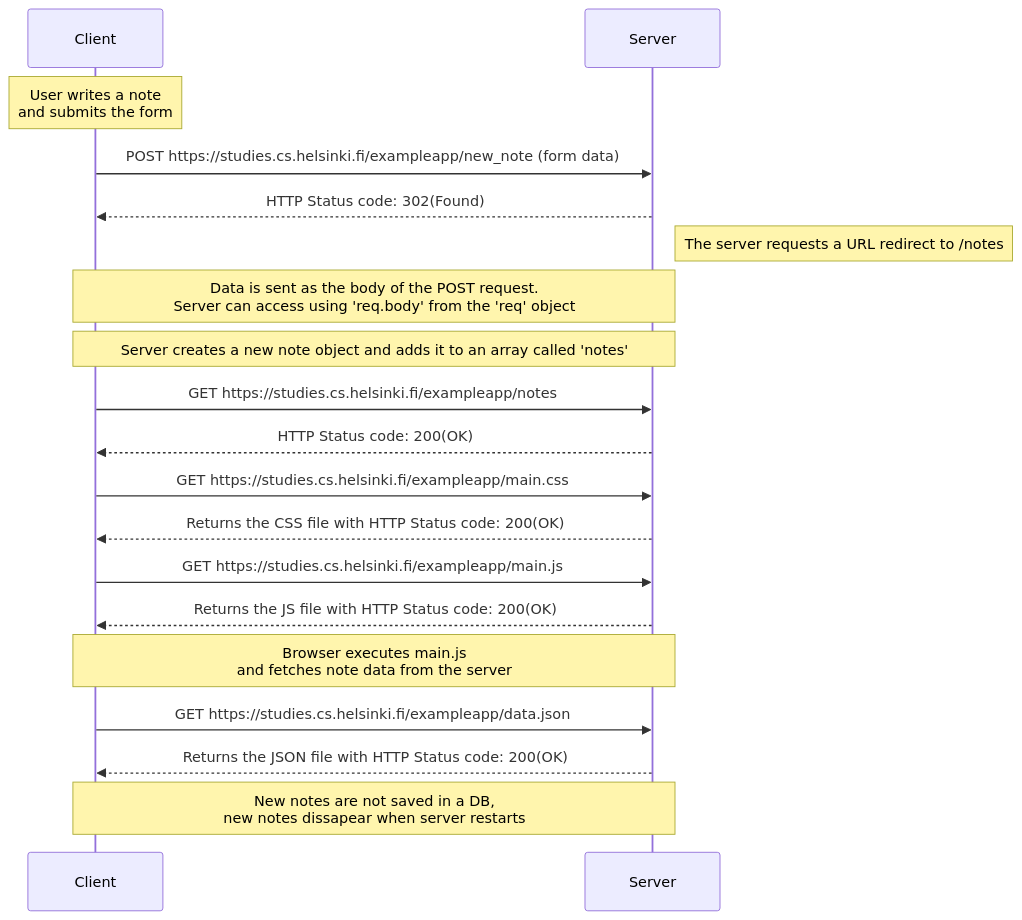
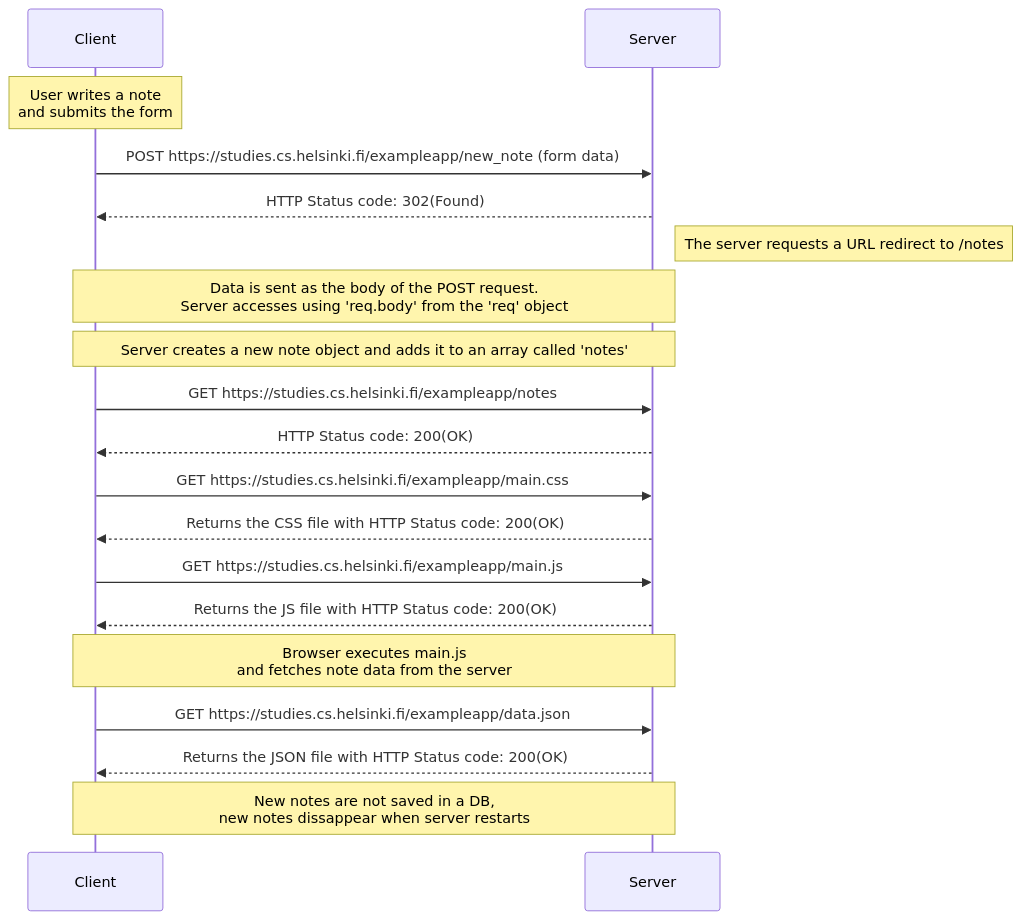
Before and after one commit to alejandro26gonzalez/part0: the diagram in traditionalNewNote.md, drawn with Mermaid.

Commit message:
Fix typos in traditionalNewNote.md

````diff
--- a/traditionalNewNote.md
+++ b/traditionalNewNote.md
@@ -7,30 +7,30 @@
 ```mermaid
 sequenceDiagram
     participant Client
     participant Server
     Note over Client: User writes a note<br/> and submits the form
 
     Client->>Server: POST https://studies.cs.helsinki.fi/exampleapp/new_note (form data)
     Server-->>Client: HTTP Status code: 302(Found)
 
     Note right of Server: The server requests a URL redirect to /notes
-    Note over Client,Server: Data is sent as the body of the POST request. <br/>Server can access using 'req.body' from the 'req' object
+    Note over Client,Server: Data is sent as the body of the POST request. <br/>Server accesses using 'req.body' from the 'req' object
     Note over Client,Server: Server creates a new note object and adds it to an array called 'notes'
 
     Client->>Server: GET https://studies.cs.helsinki.fi/exampleapp/notes
     Server-->>Client: HTTP Status code: 200(OK)
 
     Client->>Server: GET https://studies.cs.helsinki.fi/exampleapp/main.css
     Server-->>Client: Returns the CSS file with HTTP Status code: 200(OK)
 
     Client->>Server: GET https://studies.cs.helsinki.fi/exampleapp/main.js
     Server-->>Client: Returns the JS file with HTTP Status code: 200(OK)
 
     Note over Client,Server: Browser executes main.js<br/>and fetches note data from the server
 
     Client->>Server: GET https://studies.cs.helsinki.fi/exampleapp/data.json
     Server-->>Client: Returns the JSON file with HTTP Status code: 200(OK)
 
-    Note over Client,Server: New notes are not saved in a DB, <br/>new notes dissapear when server restarts
+    Note over Client,Server: New notes are not saved in a DB, <br/>new notes dissappear when server restarts
 
 ```
````
